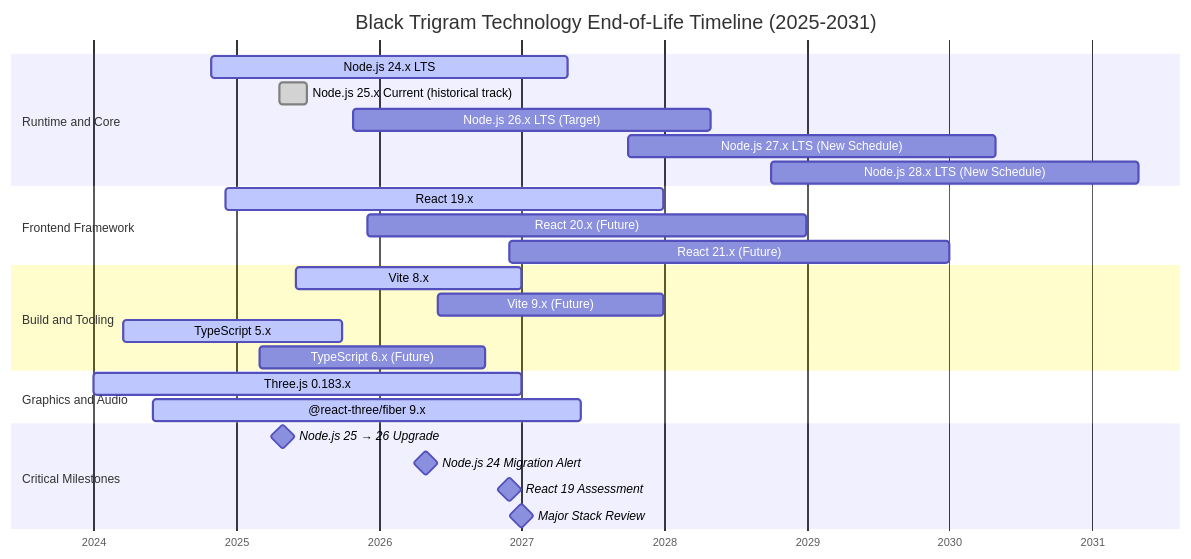
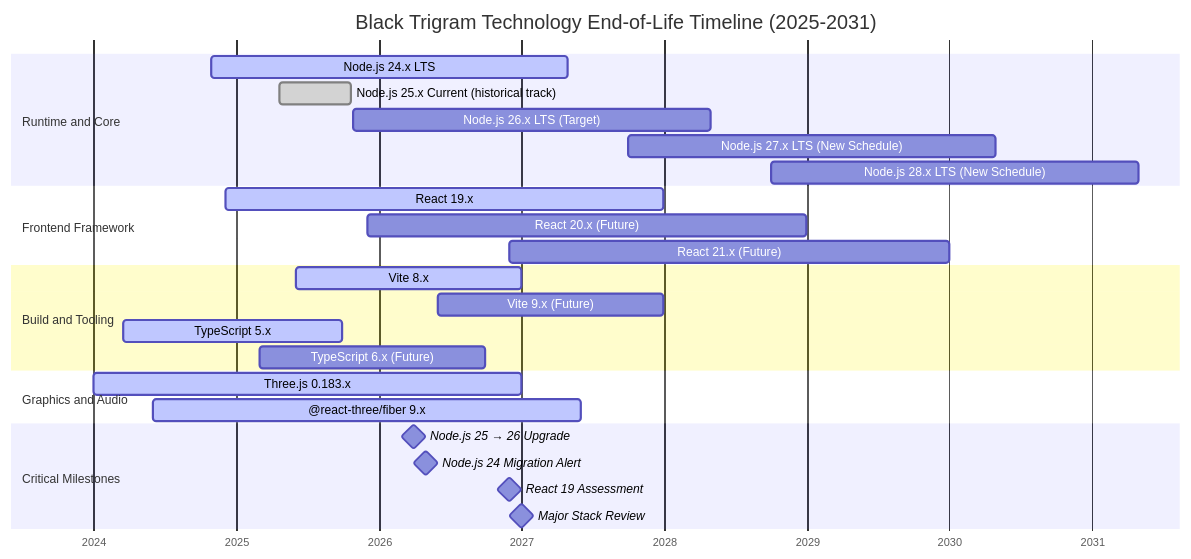
Before and after one commit to Hack23/blacktrigram: the fifth of 8 diagrams in End-of-Life-Strategy.md, drawn with Mermaid. The commit also changed 5 other files, not shown here.

First line of the commit message:
Fix devcontainer Node 24→25, development.md prereqs, WORKFLOWS.md wording, EOL dashboard gantt dates

````diff
--- a/End-of-Life-Strategy.md
+++ b/End-of-Life-Strategy.md
@@ -384,34 +384,34 @@
 ```mermaid
 gantt
     title Black Trigram Technology End-of-Life Timeline (2025-2031)
     dateFormat YYYY-MM-DD
     axisFormat %Y
 
     section Runtime and Core
     Node.js 24.x LTS          :active, node24, 2024-10-29, 2027-04-30
-    Node.js 25.x Current (historical track) :done, node25, 2025-04-22, 2025-06-30
+    Node.js 25.x Current (historical track) :done, node25, 2025-04-22, 2025-10-21
     Node.js 26.x LTS (Target) :node26, 2025-10-28, 2028-04-30
     Node.js 27.x LTS (New Schedule) :node27, 2027-10-01, 2030-04-30
     Node.js 28.x LTS (New Schedule) :node28, 2028-10-01, 2031-04-30
 
     section Frontend Framework
     React 19.x                :active, react19, 2024-12-05, 2027-12-31
     React 20.x (Future)       :react20, 2025-12-01, 2028-12-31
     React 21.x (Future)       :react21, 2026-12-01, 2029-12-31
 
     section Build and Tooling
     Vite 8.x                  :active, vite8, 2025-06-01, 2026-12-31
     Vite 9.x (Future)         :vite9, 2026-06-01, 2027-12-31
     TypeScript 5.x            :active, ts5, 2024-03-16, 2025-09-30
     TypeScript 6.x (Future)   :ts6, 2025-03-01, 2026-09-30
 
     section Graphics and Audio
     Three.js 0.183.x           :active, three, 2024-01-01, 2026-12-31
     @react-three/fiber 9.x     :active, r3f9, 2024-06-01, 2027-06-01
 
     section Critical Milestones
-    Node.js 25 → 26 Upgrade    :milestone, node25upgrade, 2025-04-30, 0d
+    Node.js 25 → 26 Upgrade    :milestone, node25upgrade, 2026-04-01, 0d
     Node.js 24 Migration Alert :milestone, node24alert, 2026-04-30, 0d
     React 19 Assessment       :milestone, react19assess, 2026-12-01, 0d
     Major Stack Review        :milestone, stackreview, 2027-01-01, 0d
 ```
````
